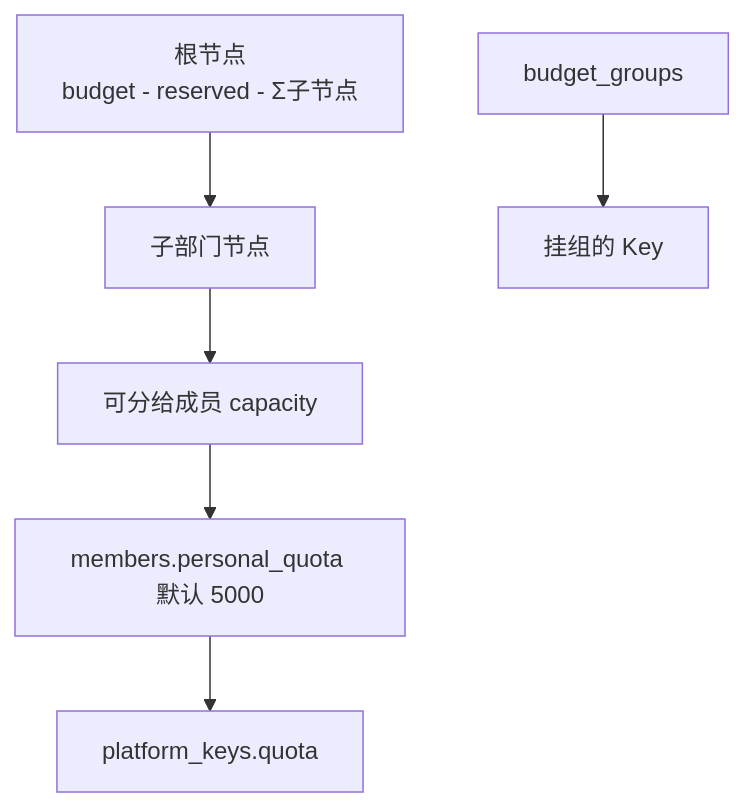
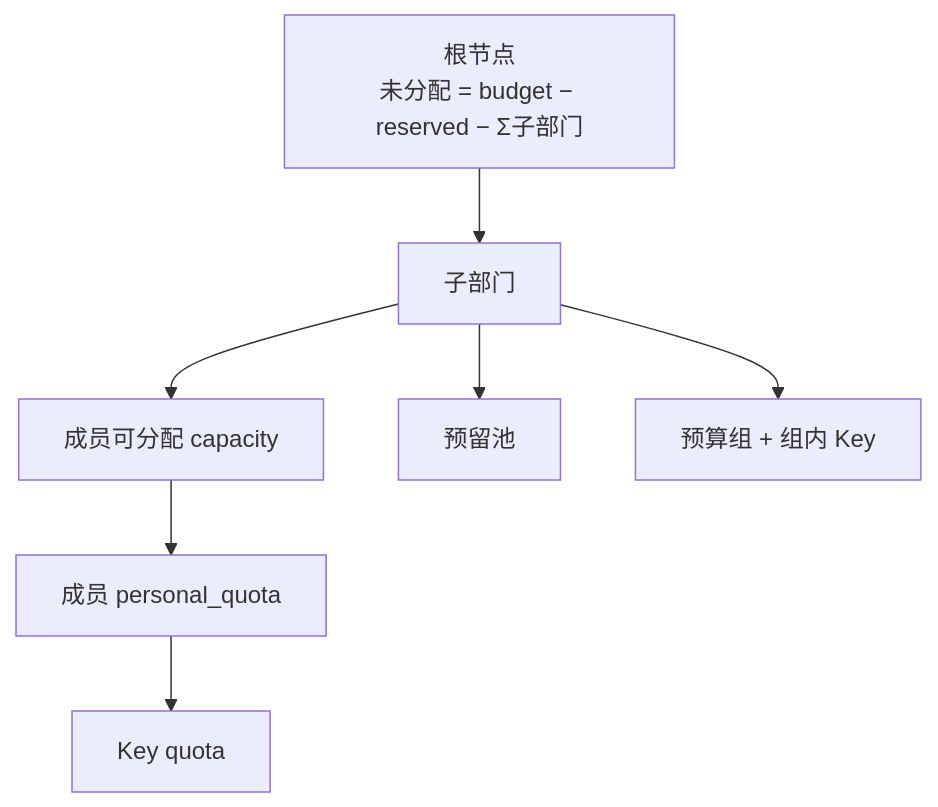
Before and after one commit to quyip8818/mytokenjoy: the third of 9 diagrams in docs/Backend-预算.md, drawn with Mermaid. The commit also changed other lines of this file and 40 other files, not shown here.

````diff
--- a/docs/Backend-预算.md
+++ b/docs/Backend-预算.md
@@ -107,9 +94,10 @@
 ```mermaid
 flowchart TB
-  ROOT[根节点<br/>budget - reserved - Σ子节点]
-  ROOT --> DEPT[子部门节点]
-  DEPT --> CAP[可分给成员 capacity]
-  CAP --> MEM[members.personal_quota 默认 5000]
-  MEM --> KEY[platform_keys.quota]
-  BG[budget_groups] --> GKEY[挂组的 Key]
+  ROOT[根节点<br/>未分配 = budget − reserved − Σ子部门]
+  ROOT --> DEPT[子部门]
+  DEPT --> CAP[成员可分配 capacity]
+  CAP --> M[成员 personal_quota]
+  M --> K[Key quota]
+  DEPT --> POOL[预留池]
+  DEPT --> BG[预算组 + 组内 Key]
 ```
````
